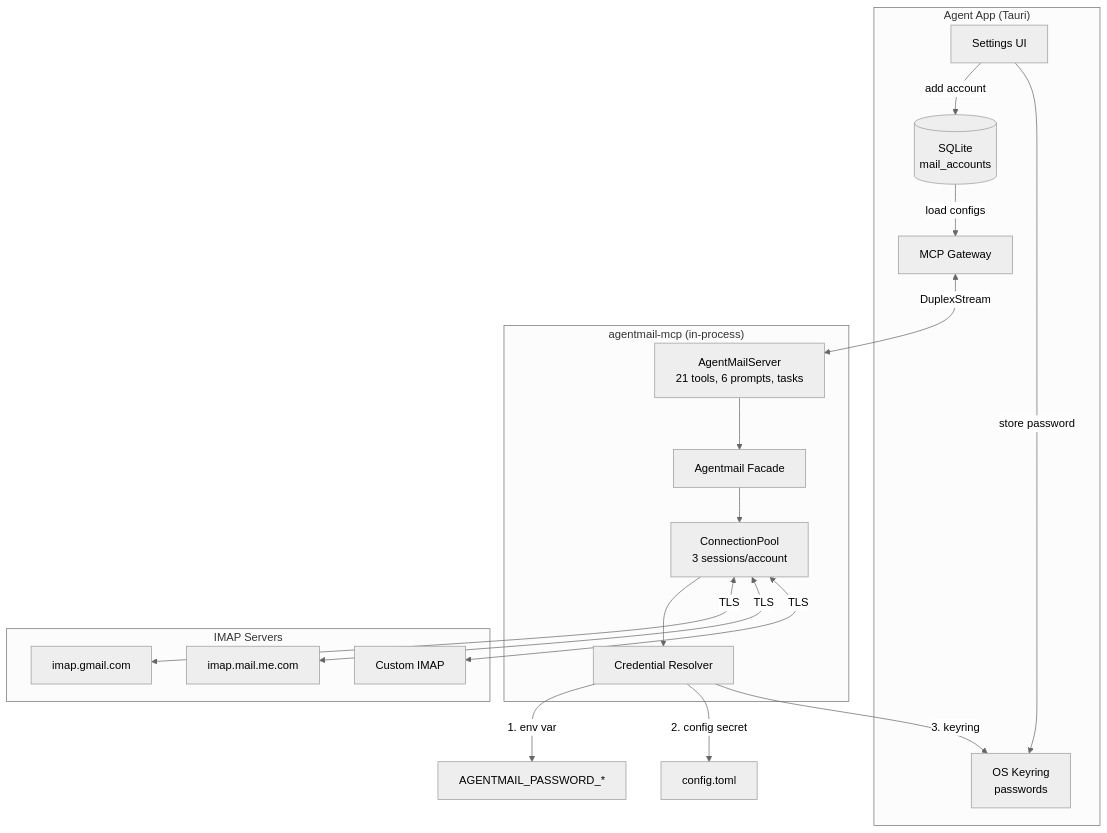
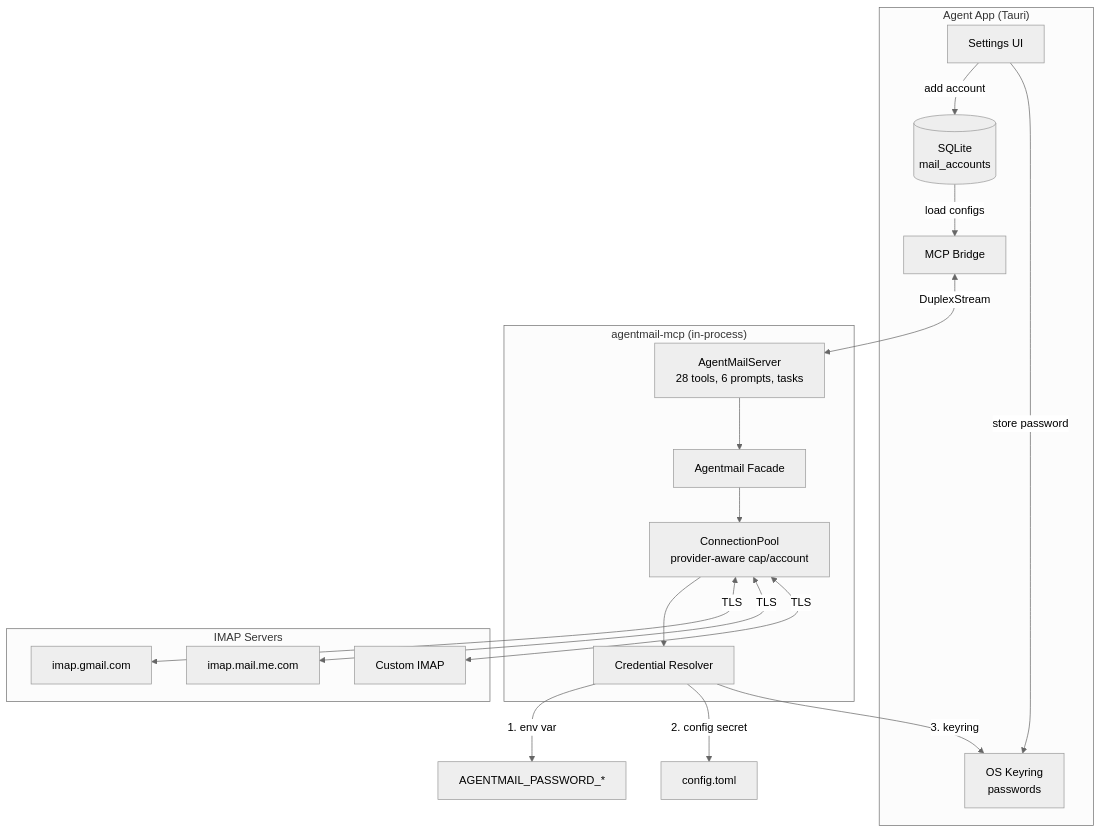
The first of 4 diagrams in DESIGN.md (Weekendsuperhero-io/agentmail), drawn with Mermaid (neutral theme) before and after one commit. The commit also changed other lines of this file and 51 other files, not shown here.

````diff
--- a/DESIGN.md
+++ b/DESIGN.md
@@ -13,36 +13,36 @@
 ```mermaid
 graph TB
     subgraph "Agent App (Tauri)"
         UI[Settings UI]
         DB[(SQLite<br/>mail_accounts)]
         KR[OS Keyring<br/>passwords]
-        GW[MCP Gateway]
+        GW[MCP Bridge]
     end
 
     subgraph "agentmail-mcp (in-process)"
-        MCP[AgentMailServer<br/>21 tools, 6 prompts, tasks]
+        MCP[AgentMailServer<br/>28 tools, 6 prompts, tasks]
         MK[Agentmail Facade]
-        POOL[ConnectionPool<br/>3 sessions/account]
+        POOL[ConnectionPool<br/>provider-aware cap/account]
         CRED[Credential Resolver]
     end
 
     subgraph "IMAP Servers"
         GMAIL[imap.gmail.com]
         ICLOUD[imap.mail.me.com]
         CUSTOM[Custom IMAP]
     end
 
     UI -->|add account| DB
     UI -->|store password| KR
     DB -->|load configs| GW
     GW <-->|DuplexStream| MCP
     MCP --> MK
     MK --> POOL
     POOL --> CRED
     CRED -->|1. env var| ENV[AGENTMAIL_PASSWORD_*]
     CRED -->|2. config secret| CFG[config.toml]
     CRED -->|3. keyring| KR
     POOL <-->|TLS| GMAIL
     POOL <-->|TLS| ICLOUD
     POOL <-->|TLS| CUSTOM
 ```
````
